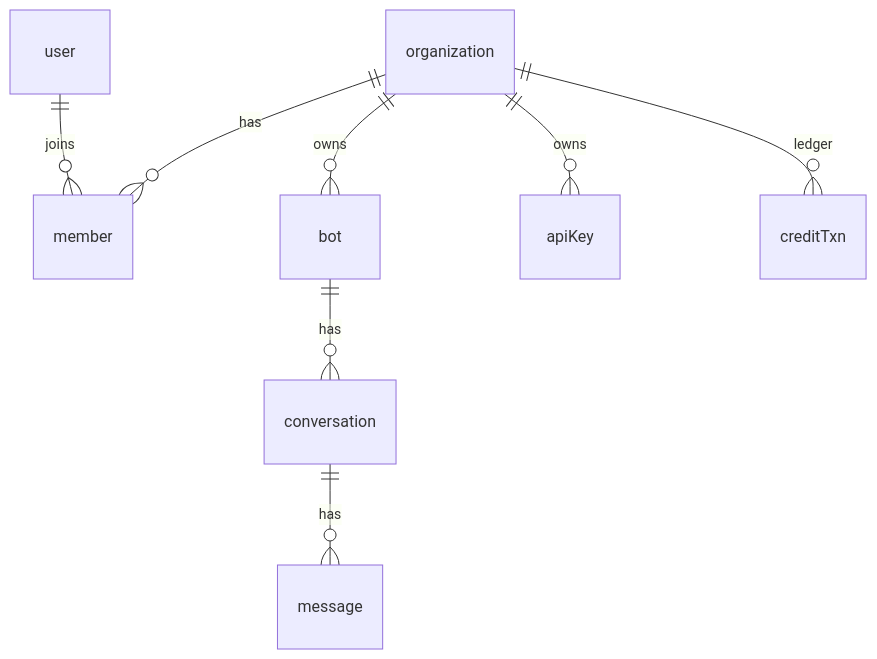
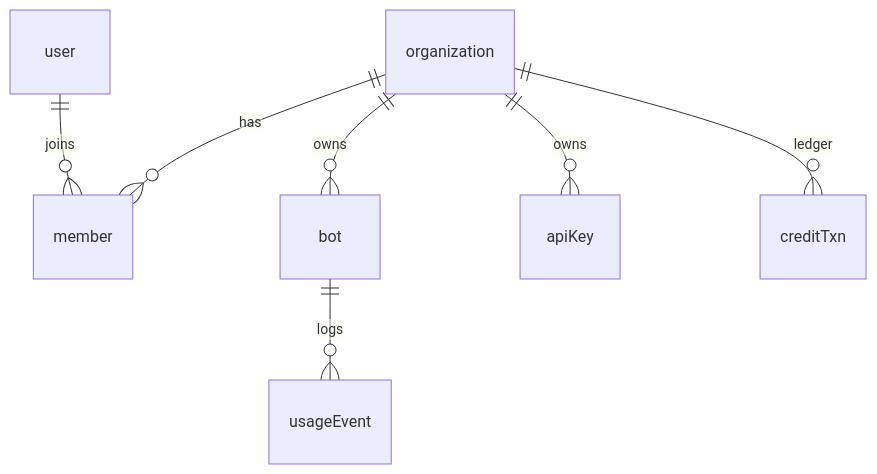
One commit to louis2688/chatlayer changed the third of 3 diagrams in ARCHITECTURE.md. Above: the diagram before and after it, drawn with Mermaid. The commit also changed other lines of this file and 12 other files, not shown here.

````diff
--- a/ARCHITECTURE.md
+++ b/ARCHITECTURE.md
@@ -177,10 +180,9 @@
 ```mermaid
 erDiagram
   organization ||--o{ member : has
   organization ||--o{ bot : owns
   organization ||--o{ apiKey : owns
   organization ||--o{ creditTxn : ledger
   user ||--o{ member : joins
-  bot ||--o{ conversation : has
-  conversation ||--o{ message : has
+  bot ||--o{ usageEvent : logs
 ```
````
